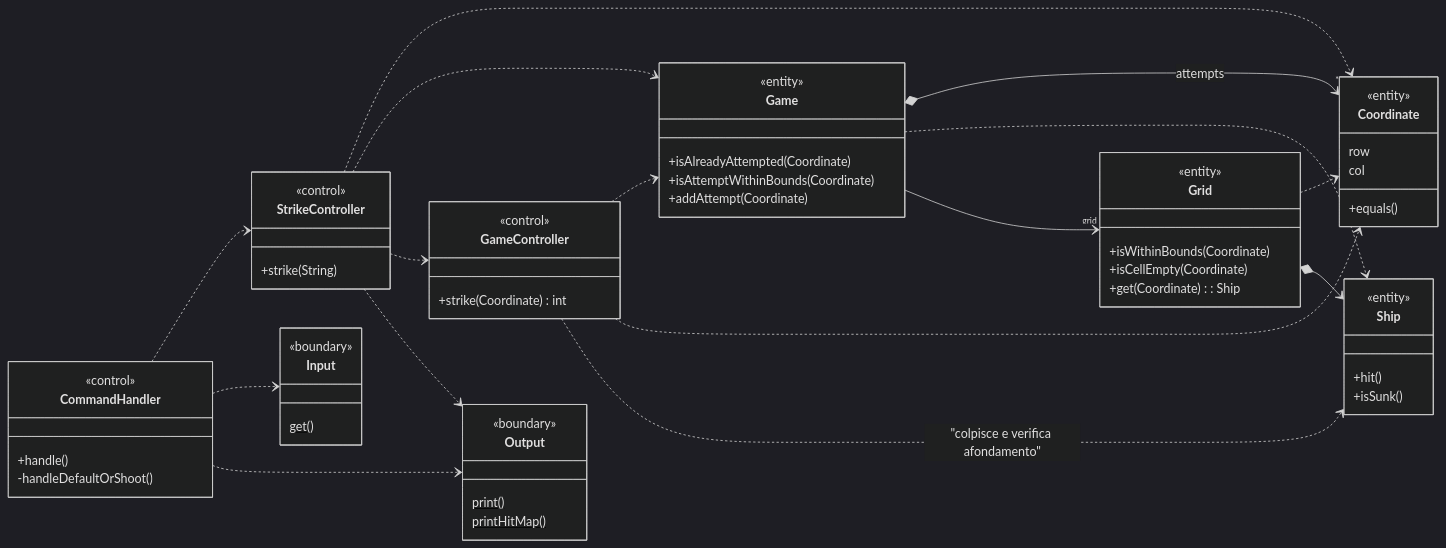
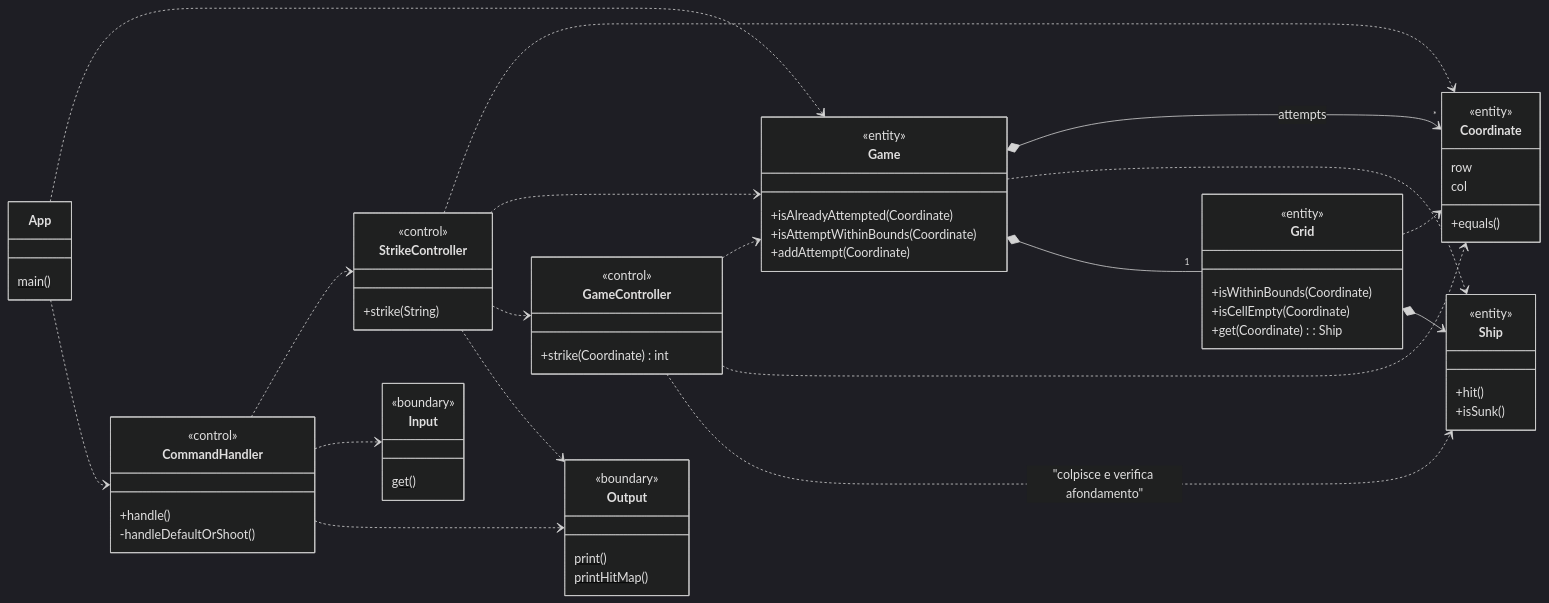
The seventh of 7 diagrams in docs/Report.md (softeng2223-inf-uniba/progetto2223-thacker), drawn with Mermaid (dark theme) before and after one commit. The commit also changed other lines of this file, not shown here.

Commit message:
Aggiornata sezione 5.A.3 in Report

````diff
--- a/docs/Report.md
+++ b/docs/Report.md
@@ -489,77 +486,85 @@
 ```mermaid
 classDiagram
-    direction LR
+  direction LR
 
-    class Output {
-        print()$
-        printHitMap()$
-    }
-    <<boundary>> Output
+  class App {
+    main()$
+  }
 
-    class Input {
-        get()$
-    }
-    <<boundary>> Input
+  App ..> Game
+  App ..> CommandHandler
 
-    class Coordinate {
-        row
-        col
-        +equals()
-    }
-    <<entity>> Coordinate
+  class Output {
+    print()$
+    printHitMap()$
+  }
+  <<boundary>> Output
 
-    class Ship {
-        +hit()
-        +isSunk()
-    }
-    <<entity>> Ship
+  class Input {
+    get()$
+  }
+  <<boundary>> Input
 
-    class Grid {
-        +isWithinBounds(Coordinate)
-        +isCellEmpty(Coordinate)
-        +get(Coordinate): Ship
-    }
-    <<entity>> Grid
+  class CommandHandler {
+    +handle()
+    -handleDefaultOrShoot()
+  }
+  <<control>> CommandHandler
 
-    class Game {
-        +isAlreadyAttempted(Coordinate)
-        +isAttemptWithinBounds(Coordinate)
-        +addAttempt(Coordinate)
-    }
-    <<entity>> Game
+  CommandHandler ..> StrikeController
+  CommandHandler ..> Input
+  CommandHandler ..> Output
 
-    Game *--> "*" Coordinate: attempts
-    Game ..> Ship
-    Game --> "grid" Grid
-    Grid ..> Coordinate
-    Grid *--> Ship
+  class StrikeController {
+    +strike(String)
+  }
+  <<control>> StrikeController
 
-    class GameController {
-        +strike(Coordinate) int
-    }
-    <<control>> GameController
+  StrikeController ..> Coordinate
+  StrikeController ..> Game
+  StrikeController ..> GameController
+  StrikeController ..> Output
 
-    GameController ..> Game
-    GameController ..> Coordinate
-    GameController ..> Ship: "colpisce e verifica afondamento"
+  class GameController {
+    +strike(Coordinate) int
+  }
+  <<control>> GameController
 
-    class StrikeController {
-        +strike(String)
-    }
-    <<control>> StrikeController
+  GameController ..> Game
+  GameController ..> Coordinate
+  GameController ..> Ship: "colpisce e verifica afondamento"
 
-    StrikeController ..> Coordinate
-    StrikeController ..> Game
-    StrikeController ..> GameController
-    StrikeController ..> Output
+  class Game {
+    +isAlreadyAttempted(Coordinate)
+    +isAttemptWithinBounds(Coordinate)
+    +addAttempt(Coordinate)
+  }
+  <<entity>> Game
 
-    class CommandHandler {
-        +handle()
-        -handleDefaultOrShoot()
-    }
-    <<control>> CommandHandler
+  Game *--> "*" Coordinate: attempts
+  Game ..> Ship
+  Game *-- "1" Grid
 
-    CommandHandler ..> StrikeController
-    CommandHandler ..> Input
-    CommandHandler ..> Output
+  class Coordinate {
+    row
+    col
+    +equals()
+  }
+  <<entity>> Coordinate
+
+  class Grid {
+    +isWithinBounds(Coordinate)
+    +isCellEmpty(Coordinate)
+    +get(Coordinate): Ship
+  }
+  <<entity>> Grid
+
+  Grid ..> Coordinate
+  Grid *--> Ship
+
+  class Ship {
+    +hit()
+    +isSunk()
+  }
+  <<entity>> Ship
 ```
````
